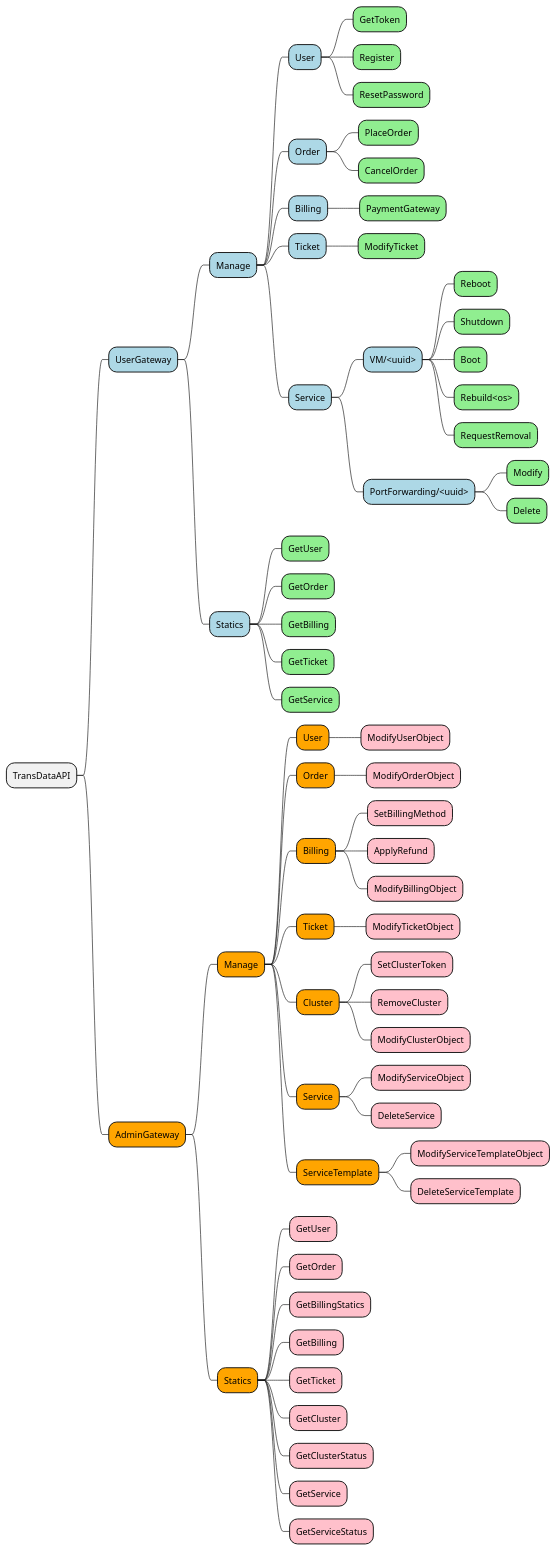
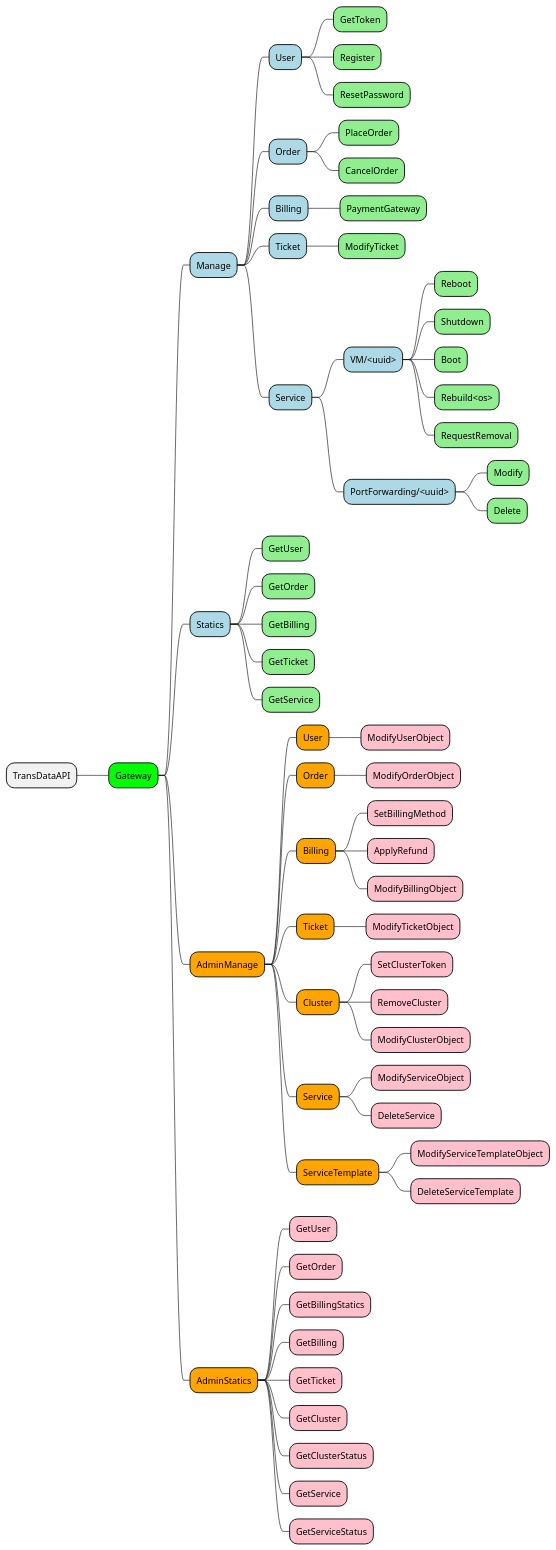
The first of 3 diagrams in documents/README.adoc (CaliNetwork/TransData), drawn with PlantUML before and after one commit. The commit also changed 1 other file, not shown here.

Commit message:
[dashboard] Redesign authGateway

```diff
--- a/documents/README.adoc
+++ b/documents/README.adoc
@@ -11,68 +11,67 @@
 [plantuml]
 ....
 @startmindmap
 * TransDataAPI
-    *[#lightblue] UserGateway
+    *[#lime] Gateway
         *[#lightblue] Manage
             *[#lightblue] User
                 *[#lightgreen] GetToken
                 *[#lightgreen] Register
                 *[#lightgreen] ResetPassword
             *[#lightblue] Order
                 *[#lightgreen] PlaceOrder
                 *[#lightgreen] CancelOrder
             *[#lightblue] Billing
                 *[#lightgreen] PaymentGateway
             *[#lightblue] Ticket
                 *[#lightgreen] ModifyTicket
             *[#lightblue] Service
                 *[#lightblue] VM/<uuid>
                     *[#lightgreen] Reboot
                     *[#lightgreen] Shutdown
                     *[#lightgreen] Boot
                     *[#lightgreen] Rebuild<os>
                     *[#lightgreen] RequestRemoval
                 *[#lightblue] PortForwarding/<uuid>
                     *[#lightgreen] Modify
                     *[#lightgreen] Delete
         *[#lightblue] Statics
             *[#lightgreen] GetUser
             *[#lightgreen] GetOrder
             *[#lightgreen] GetBilling
             *[#lightgreen] GetTicket
             *[#lightgreen] GetService
 
-    *[#orange] AdminGateway
-        *[#orange] Manage
+        *[#orange] AdminManage
             *[#orange] User
                 *[#pink] ModifyUserObject
             *[#orange] Order
                 *[#pink] ModifyOrderObject
             *[#orange] Billing
                 *[#pink] SetBillingMethod
                 *[#pink] ApplyRefund
                 *[#pink] ModifyBillingObject
             *[#orange] Ticket
                 *[#pink] ModifyTicketObject
             *[#orange] Cluster
                 *[#pink] SetClusterToken
                 *[#pink] RemoveCluster
                 *[#pink] ModifyClusterObject
             *[#orange] Service
                 *[#pink] ModifyServiceObject
                 *[#pink] DeleteService
             *[#orange] ServiceTemplate
                 *[#pink] ModifyServiceTemplateObject
                 *[#pink] DeleteServiceTemplate
-        *[#orange] Statics
+        *[#orange] AdminStatics
             *[#pink] GetUser
             *[#pink] GetOrder
             *[#pink] GetBillingStatics
             *[#pink] GetBilling
             *[#pink] GetTicket
             *[#pink] GetCluster
             *[#pink] GetClusterStatus
             *[#pink] GetService
             *[#pink] GetServiceStatus
 @endmindmap
 ....
```
